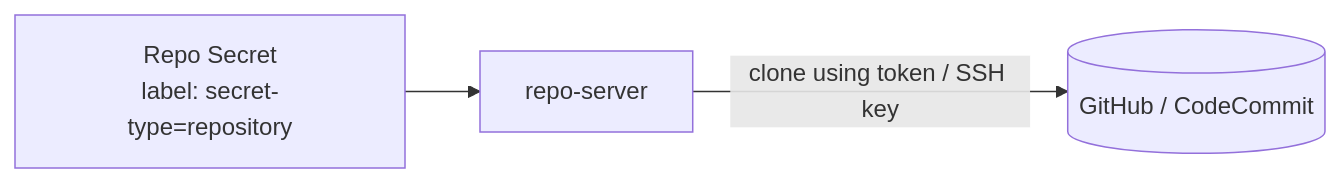
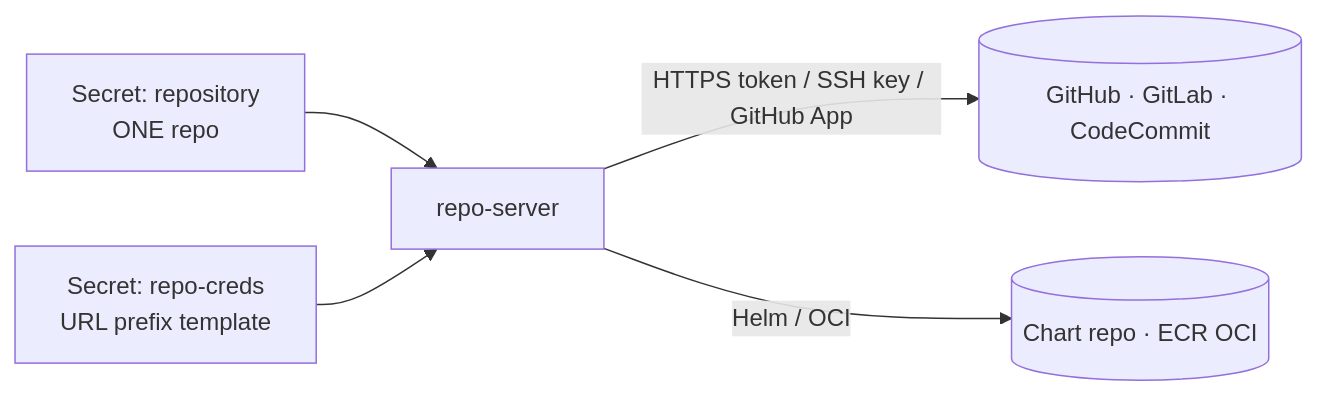
One commit to Srihariops/argocd-gitops-complete changed the first of 2 diagrams in 05_repositories/README.md. Above: the diagram before and after it, drawn with Mermaid. The commit also changed other lines of this file and 206 other files, not shown here.

````diff
--- a/05_repositories/README.md
+++ b/05_repositories/README.md
@@ -13,5 +10,7 @@
 ```mermaid
 flowchart LR
-  Secret[Repo Secret<br/>label: secret-type=repository] --> RS[repo-server]
-  RS -->|clone using token / SSH key| GH[(GitHub / CodeCommit)]
+  S1[Secret: repository<br/>ONE repo] --> RS[repo-server]
+  S2[Secret: repo-creds<br/>URL prefix template] --> RS
+  RS -->|HTTPS token / SSH key / GitHub App| GH[(GitHub · GitLab · CodeCommit)]
+  RS -->|Helm / OCI| CH[(Chart repo · ECR OCI)]
 ```
````
